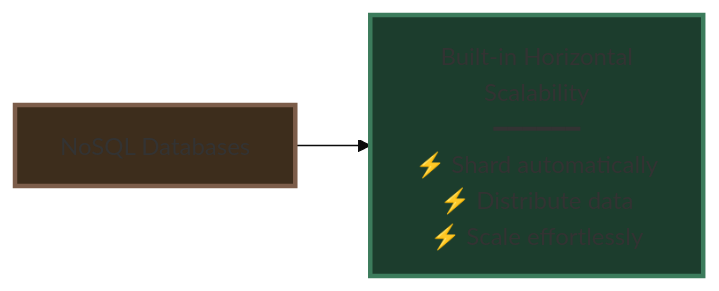
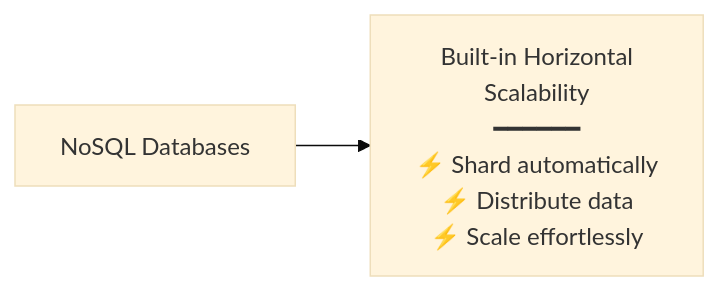
The second of 16 diagrams in system design beginner/9. Non-Relational Databases.md (Yash-Kavaiya/The-System-Design-Masterclass), drawn with Mermaid (base theme) before and after one commit. The commit also changed other lines of this file, not shown here.

````diff
--- a/system design beginner/9. Non-Relational Databases.md
+++ b/system design beginner/9. Non-Relational Databases.md
@@ -36,9 +32,7 @@
 ```mermaid
 graph LR
     NOSQL[NoSQL Databases]
     
     NOSQL --> SCALE[Built-in Horizontal<br/>Scalability<br/>━━━━━━<br/>⚡ Shard automatically<br/>⚡ Distribute data<br/>⚡ Scale effortlessly]
     
-    style NOSQL fill:#3d2d1c,stroke:#7c5d4a,stroke-width:3px
-    style SCALE fill:#1c3d2d,stroke:#3c7c5c,stroke-width:3px
 ```
````
